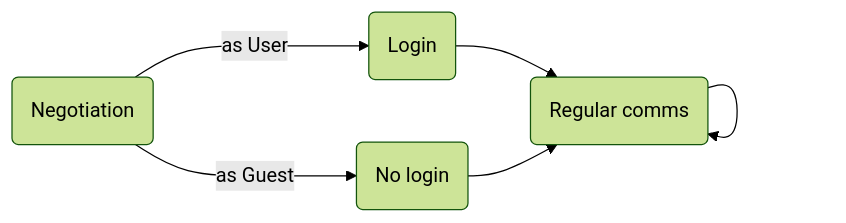
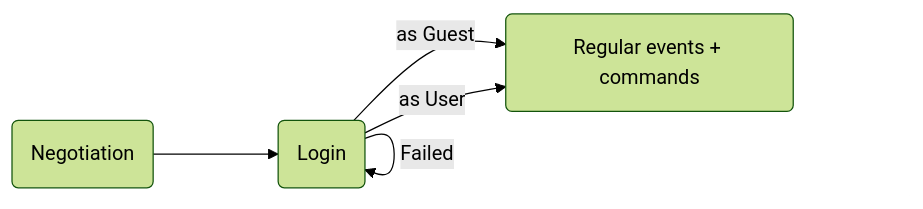
Before and after one commit to DanielOaks/collabodraw-server: the diagram in doc/protocol-user.md, drawn with Mermaid (forest theme). The commit also changed other lines of this file, not shown here.

````diff
--- a/doc/protocol-user.md
+++ b/doc/protocol-user.md
@@ -9,8 +9,7 @@
 ```mermaid
 flowchart LR
-    Negotiation(Negotiation) --->|as User| Login(Login)
-    Login --> BackAndForth(Regular comms)
-    Negotiation -->|as Guest| Guest(No login)
-    Guest --> BackAndForth
-    BackAndForth --> BackAndForth
+    Negotiation(Negotiation) ---> Login(Login)
+    Login -->|Failed| Login
+    Login -->|as Guest| BackAndForth(Regular events + commands)
+    Login -->|as User| BackAndForth
 ```
````
